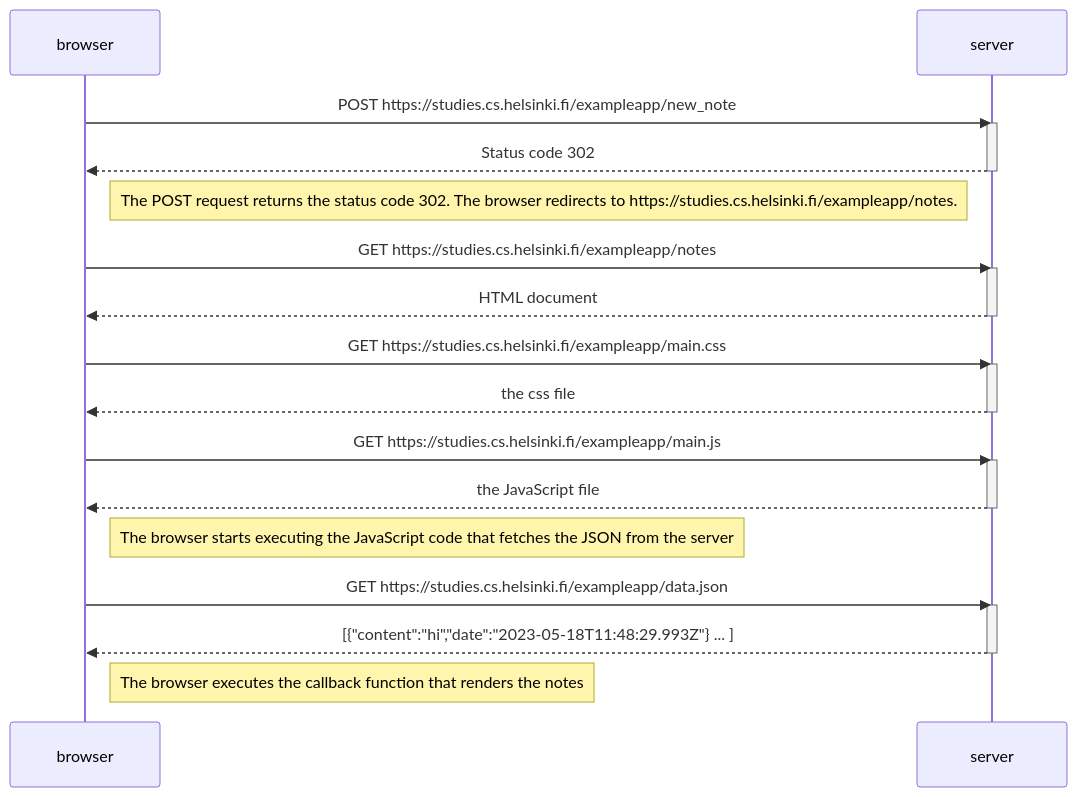
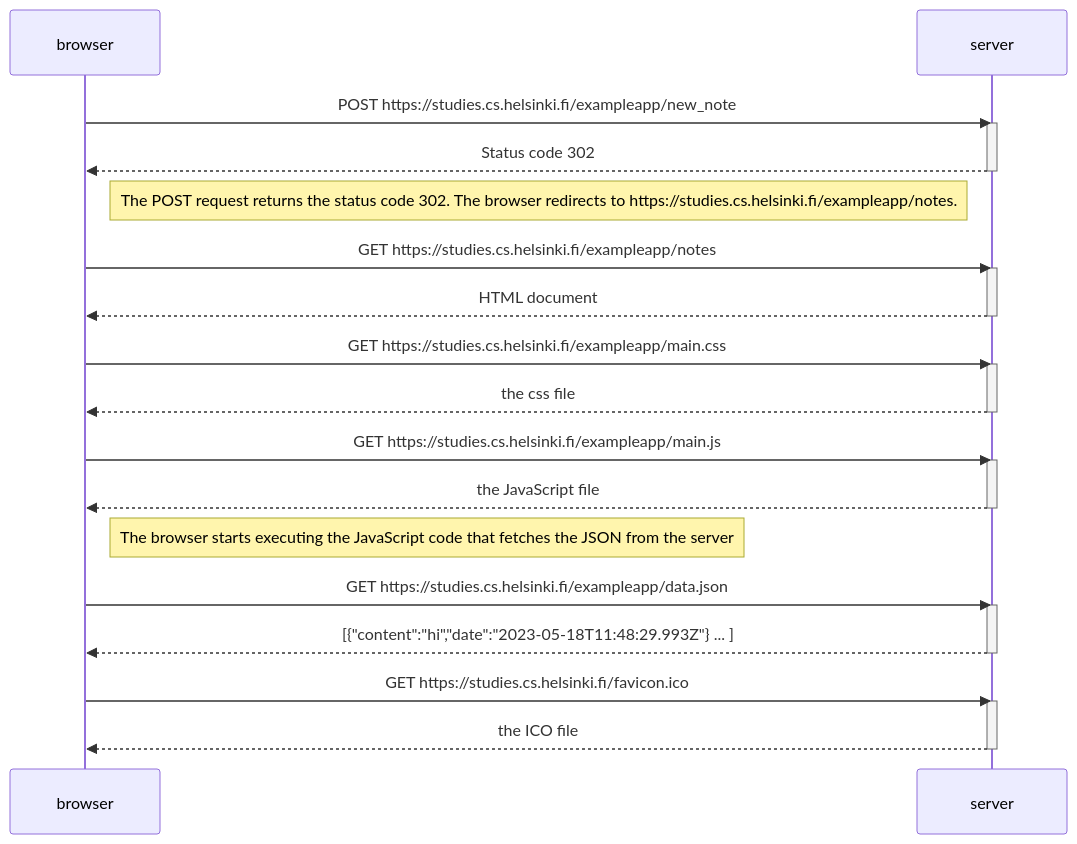
The diagram in 0sa-0/0.4.md (AkseliManninen/Full-Stack-Open), drawn with Mermaid before and after one commit.

````diff
--- a/0sa-0/0.4.md
+++ b/0sa-0/0.4.md
@@ -1,37 +1,40 @@
 ```mermaid
 sequenceDiagram
     participant browser
     participant server
     
     browser->>server: POST https://studies.cs.helsinki.fi/exampleapp/new_note
     activate server
     server-->>browser: Status code 302
     deactivate server
     
     Note right of browser: The POST request returns the status code 302. The browser redirects to https://studies.cs.helsinki.fi/exampleapp/notes.
     
     browser->>server: GET https://studies.cs.helsinki.fi/exampleapp/notes
     activate server
     server-->>browser: HTML document
     deactivate server
     
     browser->>server: GET https://studies.cs.helsinki.fi/exampleapp/main.css
     activate server
     server-->>browser: the css file
     deactivate server
     
     browser->>server: GET https://studies.cs.helsinki.fi/exampleapp/main.js
     activate server
     server-->>browser: the JavaScript file
     deactivate server
     
     Note right of browser: The browser starts executing the JavaScript code that fetches the JSON from the server
     
     browser->>server: GET https://studies.cs.helsinki.fi/exampleapp/data.json
     activate server
     server-->>browser: [{"content":"hi","date":"2023-05-18T11:48:29.993Z"} ... ]
     deactivate server    
 
-    Note right of browser: The browser executes the callback function that renders the notes 
+    browser->>server: GET https://studies.cs.helsinki.fi/favicon.ico
+    activate server
+    server-->>browser: the ICO file
+    deactivate server  
 
  ```
````
